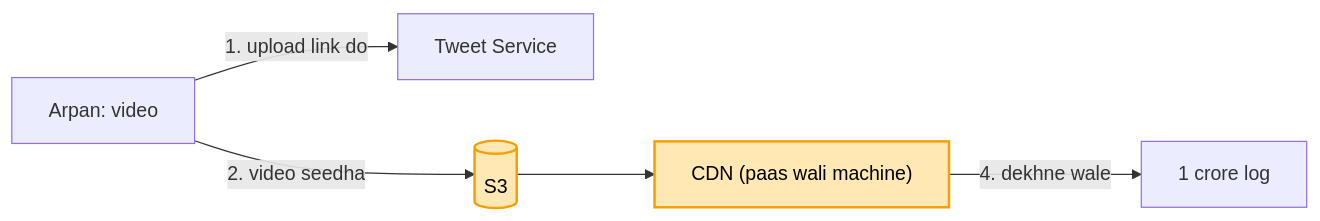
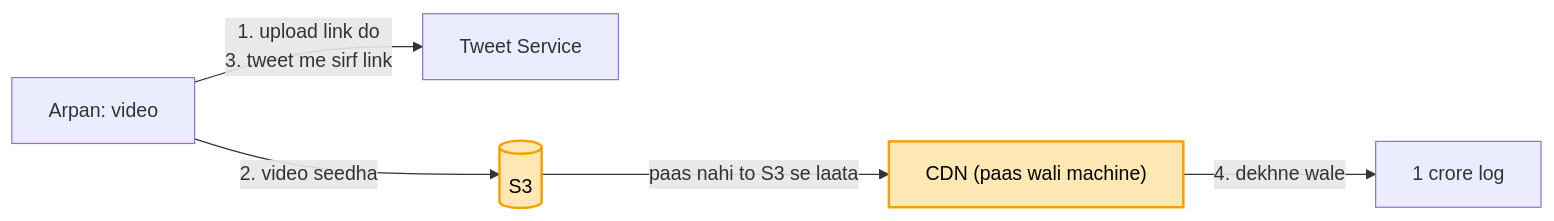
Before and after one commit to ArpanMaheshwari144/Prep: the eighth of 9 diagrams in 04_HLD/SYSTEM_DESIGNS/03_twitter_feed/03_twitter_feed.md, drawn with Mermaid.

Commit message:
twitter kadam 8: diagram me 3. tweet me sirf link + CDN -> S3 label

````diff
--- a/04_HLD/SYSTEM_DESIGNS/03_twitter_feed/03_twitter_feed.md
+++ b/04_HLD/SYSTEM_DESIGNS/03_twitter_feed/03_twitter_feed.md
@@ -312,9 +312,9 @@
 ```mermaid
 flowchart LR
-    U["Arpan: video"] -- "1. upload link do" --> TS["Tweet Service"]
+    U["Arpan: video"] -- "1. upload link do<br/>3. tweet me sirf link" --> TS["Tweet Service"]
     U -- "2. video seedha" --> S3[("S3")]
-    S3 --> CDN["CDN (paas wali machine)"]
+    S3 -- "paas nahi to S3 se laata" --> CDN["CDN (paas wali machine)"]
     CDN -- "4. dekhne wale" --> V["1 crore log"]
     style S3 fill:#ffe8b3,stroke:#f59f00,stroke-width:2px,color:#000
     style CDN fill:#ffe8b3,stroke:#f59f00,stroke-width:2px,color:#000
 ```
````
